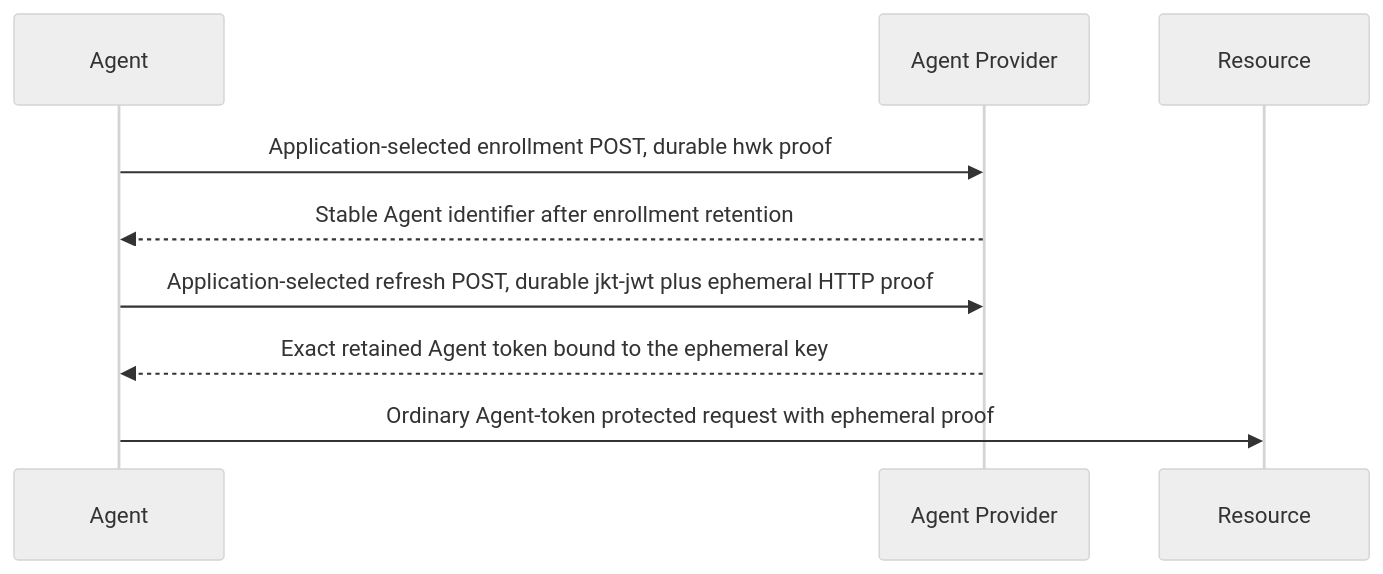
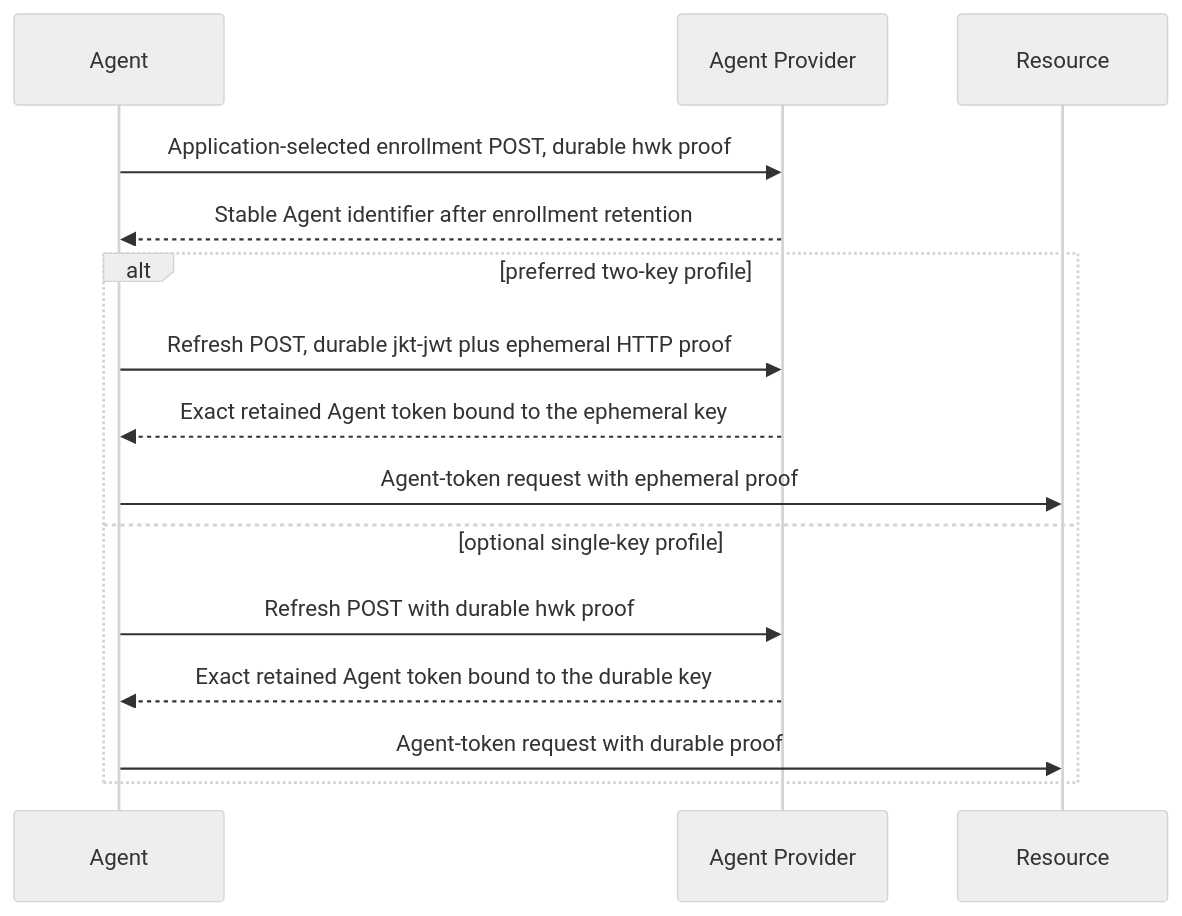
The eighth of 8 diagrams in PROTOCOL.md (sidecat-dev/aauth-go), drawn with Mermaid (neutral theme) before and after one commit. The commit also changed other lines of this file and 26 other files, not shown here.

Commit message:
Implement hosted single-key Agent refresh

````diff
--- a/PROTOCOL.md
+++ b/PROTOCOL.md
@@ -362,12 +362,18 @@
 ```mermaid
 sequenceDiagram
     participant A as Agent
     participant AP as Agent Provider
     participant R as Resource
 
     A->>AP: Application-selected enrollment POST, durable hwk proof
     AP-->>A: Stable Agent identifier after enrollment retention
-    A->>AP: Application-selected refresh POST, durable jkt-jwt plus ephemeral HTTP proof
-    AP-->>A: Exact retained Agent token bound to the ephemeral key
-    A->>R: Ordinary Agent-token protected request with ephemeral proof
+    alt preferred two-key profile
+        A->>AP: Refresh POST, durable jkt-jwt plus ephemeral HTTP proof
+        AP-->>A: Exact retained Agent token bound to the ephemeral key
+        A->>R: Agent-token request with ephemeral proof
+    else optional single-key profile
+        A->>AP: Refresh POST with durable hwk proof
+        AP-->>A: Exact retained Agent token bound to the durable key
+        A->>R: Agent-token request with durable proof
+    end
 ```
````
